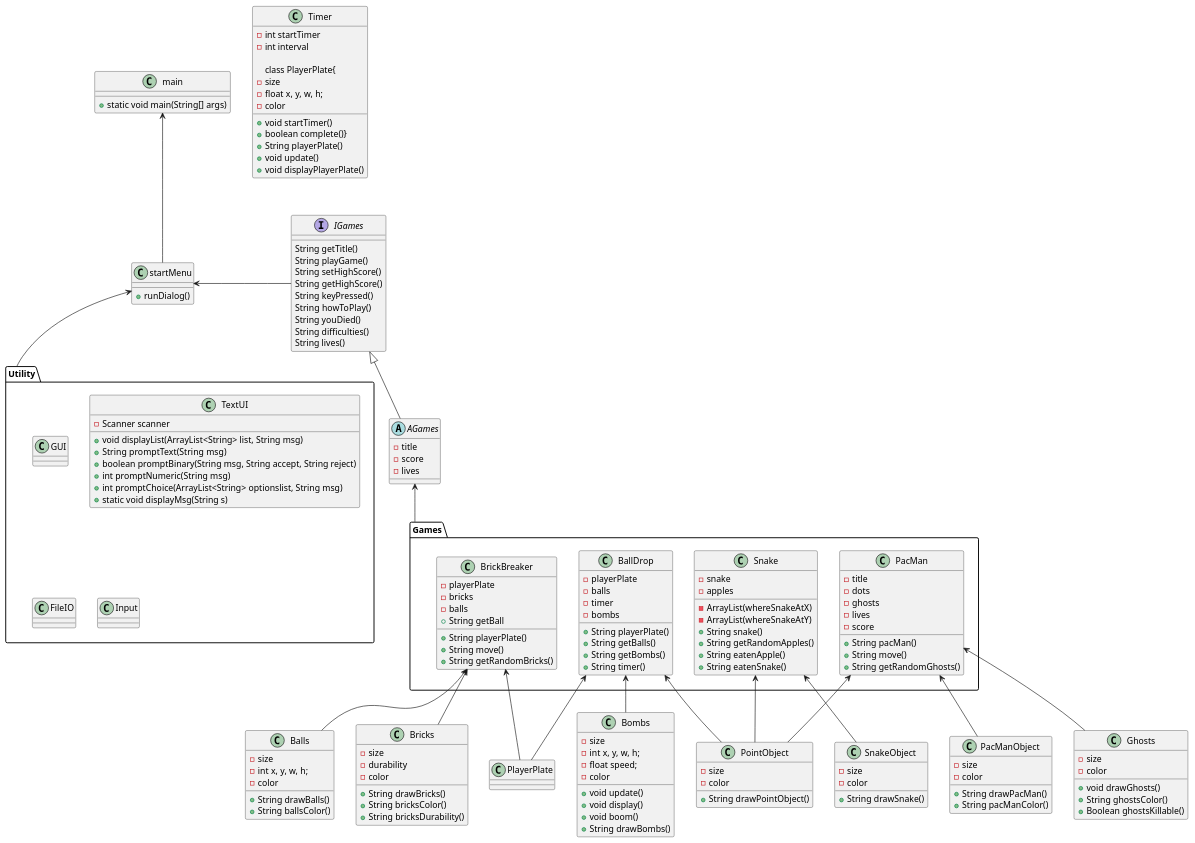
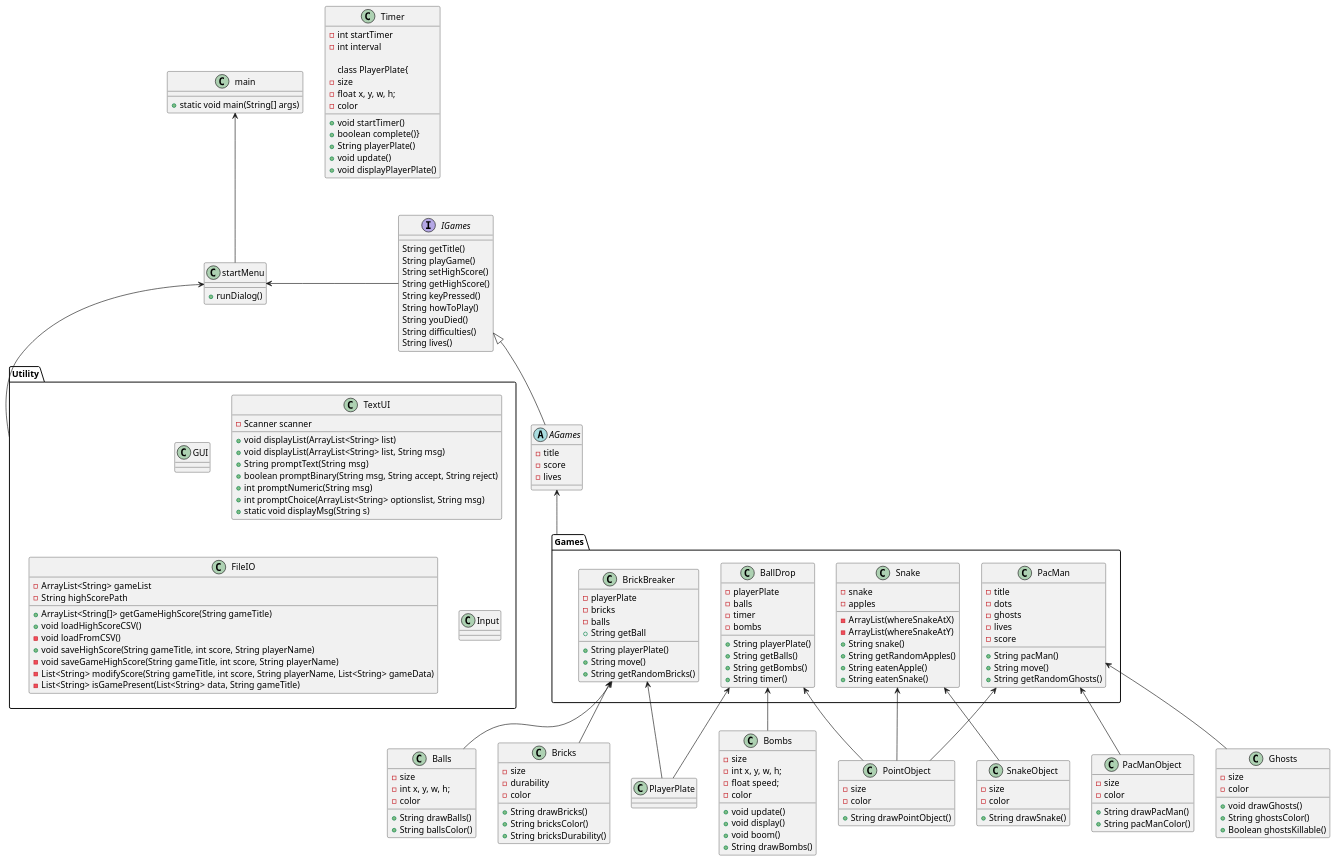
Before and after one commit to RikkeMariussen/ICE-opgave: the diagram in doc/Plan/classdiagram.puml, drawn with PlantUML. The commit also changed 1 other file, not shown here.

Commit message:
-TextUI lavet -klassediagram opdateret i TextUI og FileIO

```diff
--- a/doc/Plan/classdiagram.puml
+++ b/doc/Plan/classdiagram.puml
@@ -77,6 +77,7 @@
 }
 class TextUI{
 - Scanner scanner
++ void displayList(ArrayList<String> list)
 + void displayList(ArrayList<String> list, String msg)
 + String promptText(String msg)
 + boolean promptBinary(String msg, String accept, String reject)
@@ -85,6 +86,17 @@
 + static void displayMsg(String s)
 }
 class FileIO{
+- ArrayList<String> gameList
+- String highScorePath
++ ArrayList<String[]> getGameHighScore(String gameTitle)
++ void loadHighScoreCSV()
+- void loadFromCSV()
++ void saveHighScore(String gameTitle, int score, String playerName)
+- void saveGameHighScore(String gameTitle, int score, String playerName)
+- List<String> modifyScore(String gameTitle, int score, String playerName, List<String> gameData)
+- List<String> isGamePresent(List<String> data, String gameTitle)
+
+
 }
 class Input{
 }
```
